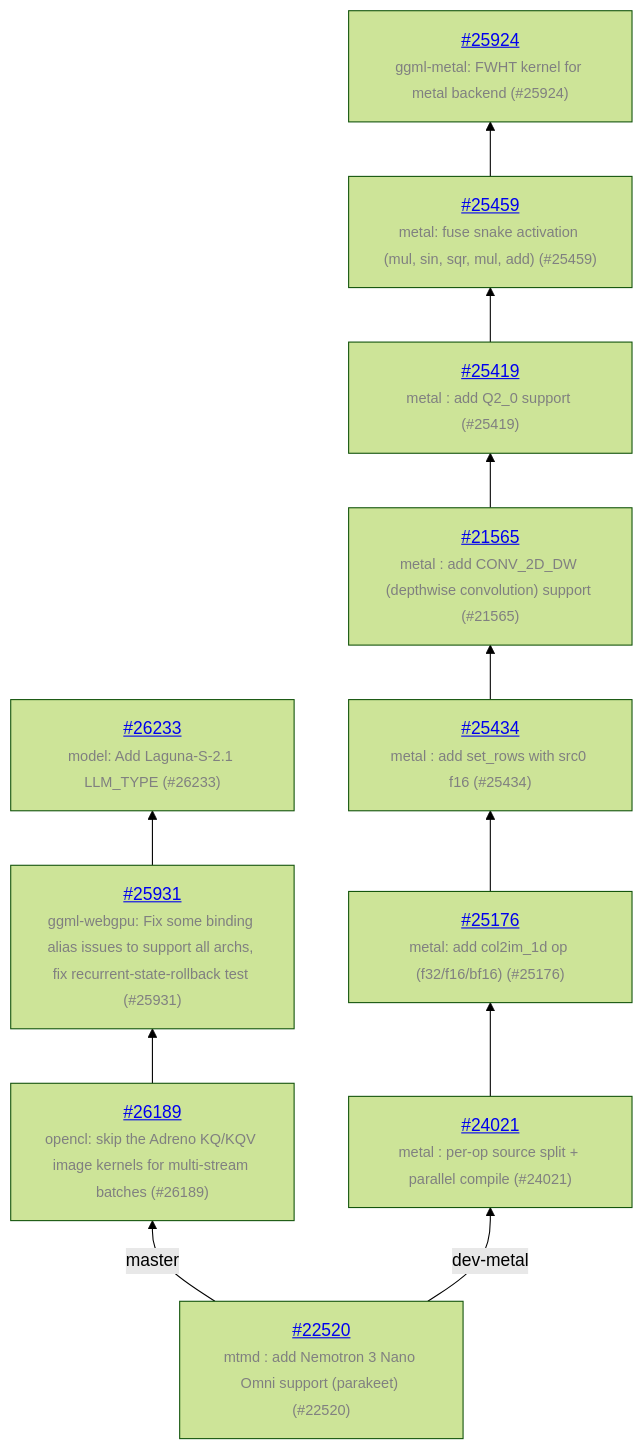
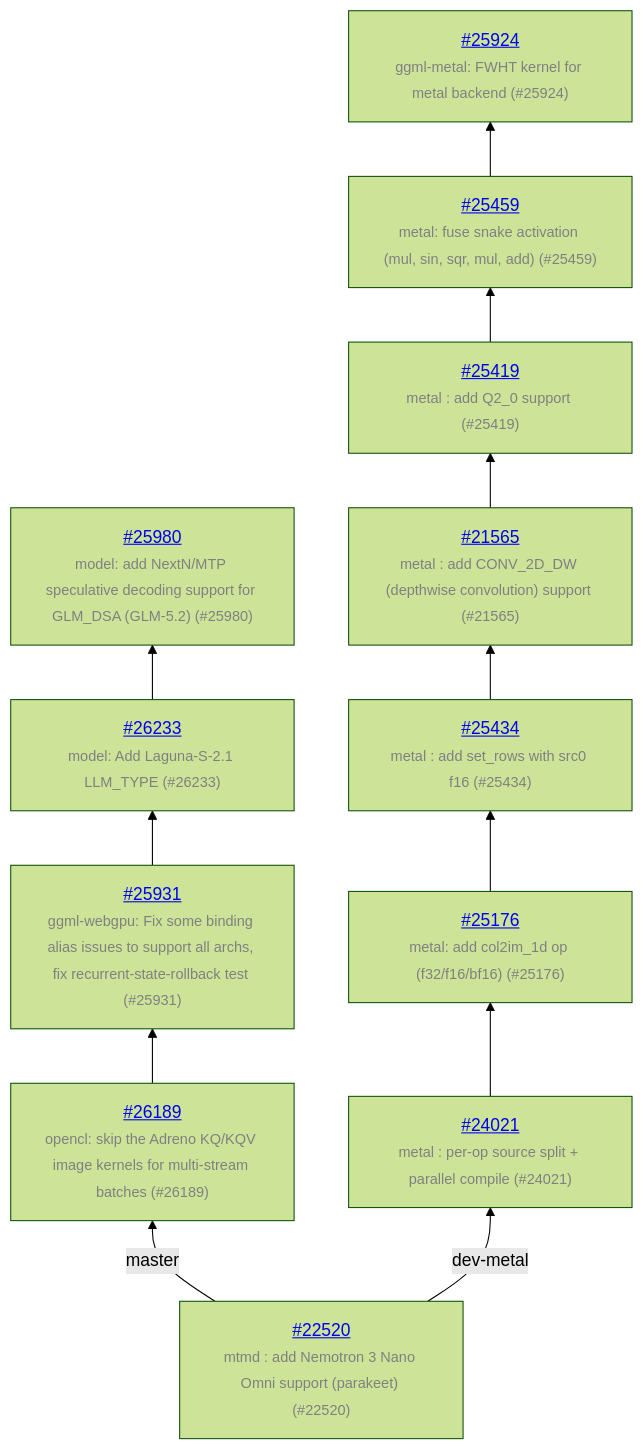
The diagram in README.md (ggml-org/llama.cpp-dev), drawn with Mermaid (forest theme) before and after one commit. The commit also changed other lines of this file and 1 other file, not shown here.

Commit message:
auto: update

````diff
--- a/README.md
+++ b/README.md
@@ -13,24 +13,26 @@
 ```mermaid
 graph BT
     COMMON["<a href='https://github.com/ggml-org/llama.cpp/pull/22520'>#22520</a><br/><span style='font-size:smaller;color:gray'>mtmd : add Nemotron 3 Nano Omni support (parakeet) (#22520)</span>"]
     COMMON -->|master| C_8190848
     C_8190848["<a href='https://github.com/ggml-org/llama.cpp/pull/26189'>#26189</a><br/><span style='font-size:smaller;color:gray'>opencl: skip the Adreno KQ/KQV image kernels for multi-stream batches (#26189)</span>"]
     C_8190848 --> C_bc71c24
     C_bc71c24["<a href='https://github.com/ggml-org/llama.cpp/pull/25931'>#25931</a><br/><span style='font-size:smaller;color:gray'>ggml-webgpu: Fix some binding alias issues to support all archs, fix recurrent-state-rollback test (#25931)</span>"]
     C_bc71c24 --> C_e9fa078
     C_e9fa078["<a href='https://github.com/ggml-org/llama.cpp/pull/26233'>#26233</a><br/><span style='font-size:smaller;color:gray'>model: Add Laguna-S-2.1 LLM_TYPE (#26233)</span>"]
+    C_e9fa078 --> C_7be2c65
+    C_7be2c65["<a href='https://github.com/ggml-org/llama.cpp/pull/25980'>#25980</a><br/><span style='font-size:smaller;color:gray'>model: add NextN/MTP speculative decoding support for GLM_DSA (GLM-5.2) (#25980)</span>"]
     COMMON -->|dev-metal| C_8ed30a7
     C_8ed30a7["<a href='https://github.com/ggml-org/llama.cpp/pull/24021'>#24021</a><br/><span style='font-size:smaller;color:gray'>metal : per-op source split + parallel compile (#24021)</span>"]
     C_8ed30a7 --> C_2894406
     C_2894406["<a href='https://github.com/ggml-org/llama.cpp/pull/25176'>#25176</a><br/><span style='font-size:smaller;color:gray'>metal: add col2im_1d op (f32/f16/bf16) (#25176)</span>"]
     C_2894406 --> C_6d75564
     C_6d75564["<a href='https://github.com/ggml-org/llama.cpp/pull/25434'>#25434</a><br/><span style='font-size:smaller;color:gray'>metal : add set_rows with src0 f16 (#25434)</span>"]
     C_6d75564 --> C_ccb8445
     C_ccb8445["<a href='https://github.com/ggml-org/llama.cpp/pull/21565'>#21565</a><br/><span style='font-size:smaller;color:gray'>metal : add CONV_2D_DW (depthwise convolution) support (#21565)</span>"]
     C_ccb8445 --> C_70f70ed
     C_70f70ed["<a href='https://github.com/ggml-org/llama.cpp/pull/25419'>#25419</a><br/><span style='font-size:smaller;color:gray'>metal : add Q2_0 support (#25419)</span>"]
     C_70f70ed --> C_a9a5d1d
     C_a9a5d1d["<a href='https://github.com/ggml-org/llama.cpp/pull/25459'>#25459</a><br/><span style='font-size:smaller;color:gray'>metal: fuse snake activation (mul, sin, sqr, mul, add) (#25459)</span>"]
     C_a9a5d1d --> C_7185fef
     C_7185fef["<a href='https://github.com/ggml-org/llama.cpp/pull/25924'>#25924</a><br/><span style='font-size:smaller;color:gray'>ggml-metal: FWHT kernel for metal backend (#25924)</span>"]
 ```
````
